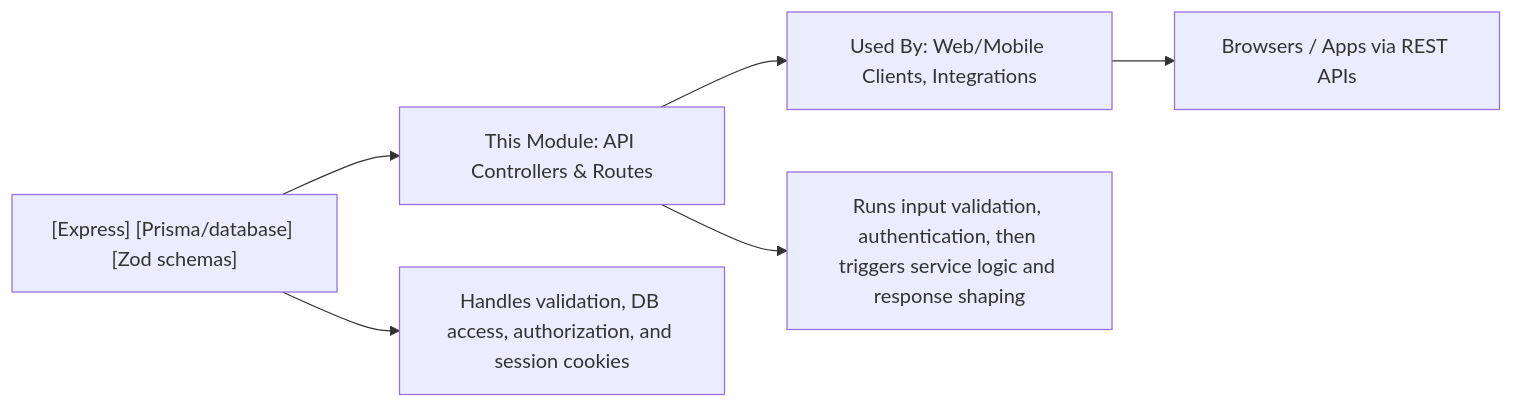
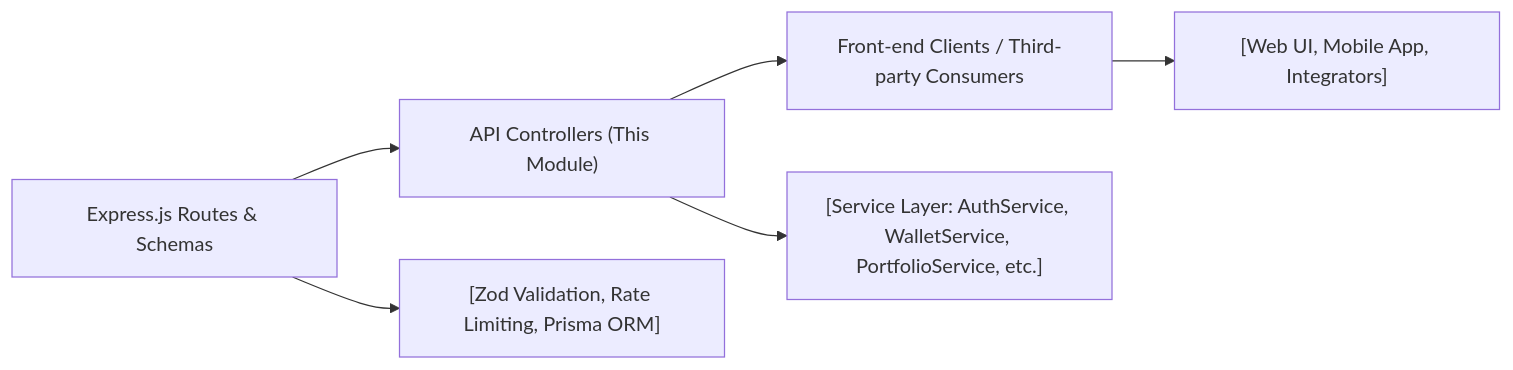
The diagram in .shelfya/api/overview.md (test-orga-shelfya/test-shelfya), drawn with Mermaid before and after one commit. The commit also changed other lines of this file and 8 other files, not shown here.

````diff
--- a/.shelfya/api/overview.md
+++ b/.shelfya/api/overview.md
@@ -75,8 +108,8 @@
 ```mermaid
 flowchart LR
-  dependencies["[Express] [Prisma/database] [Zod schemas]"] --> thisModule["This Module: API Controllers & Routes"]
-  thisModule --> usedBy["Used By: Web/Mobile Clients, Integrations"]
-  dependencies --> details["Handles validation, DB access, authorization, and session cookies"]
-  thisModule --> process["Runs input validation, authentication, then triggers service logic and response shaping"]
-  usedBy --> consumers["Browsers / Apps via REST APIs"]
+  dependencies["Express.js Routes & Schemas"]
+  dependencies --> thisModule["API Controllers (This Module)"] --> usedBy["Front-end Clients / Third-party Consumers"]
+  dependencies --> details["[Zod Validation, Rate Limiting, Prisma ORM]"]
+  thisModule --> process["[Service Layer: AuthService, WalletService, PortfolioService, etc.]"] 
+  usedBy --> consumers["[Web UI, Mobile App, Integrators]"]
 ```
````
